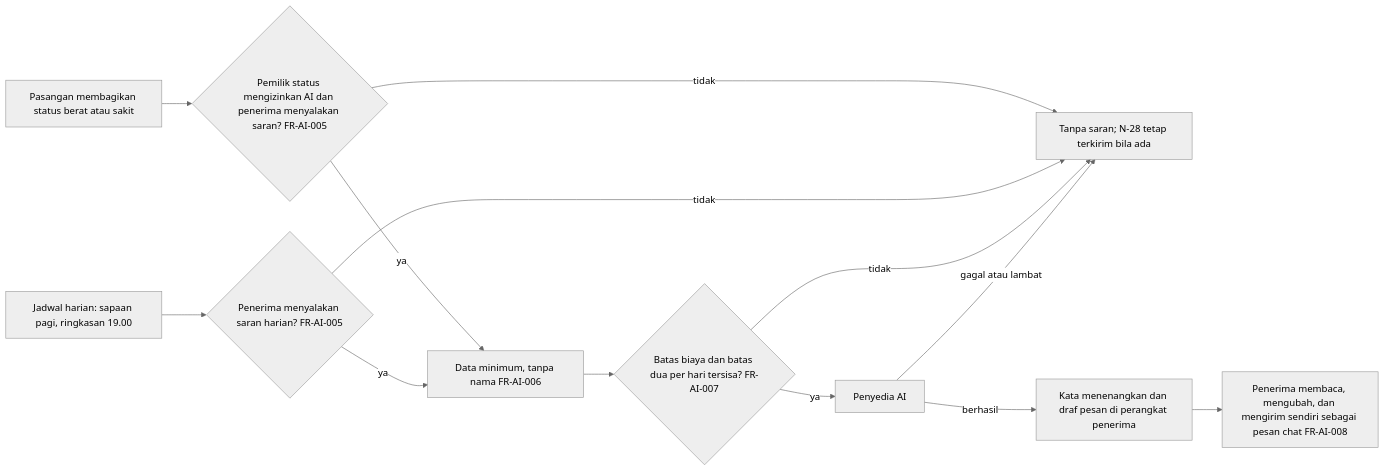
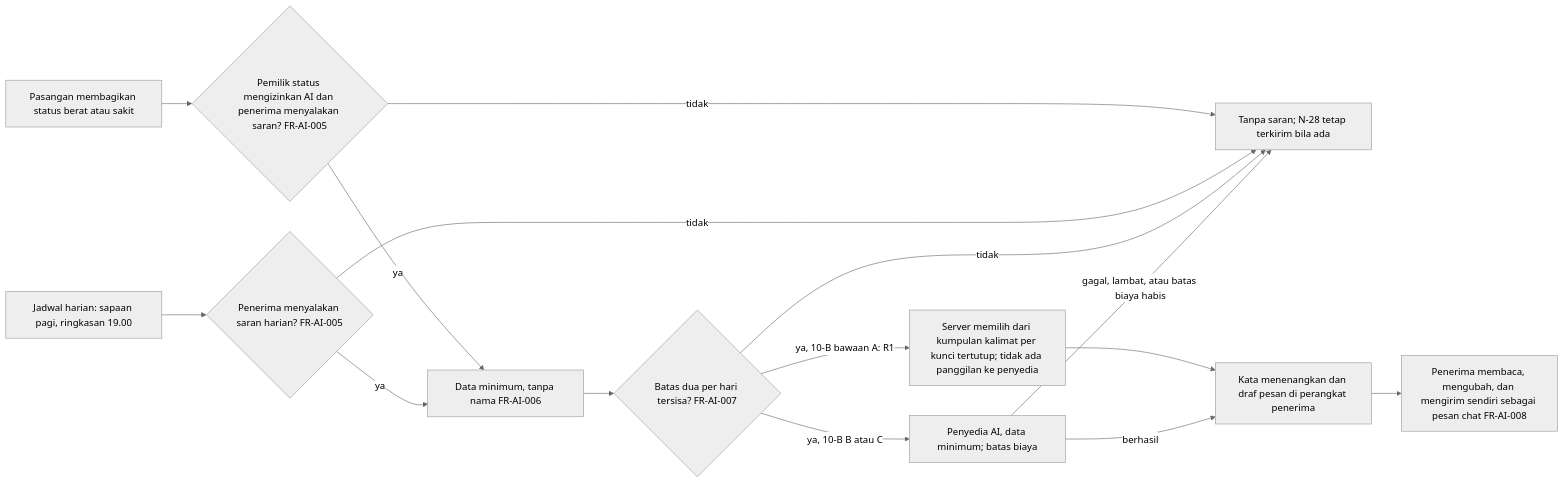
Before and after one commit to abiyanzimran/casa: the diagram in docs/05-functional-requirements/tier-2.md, drawn with Mermaid (neutral theme). The commit also changed other lines of this file and 47 other files, not shown here.

First line of the commit message:
Complete stage S4: experience and architecture

````diff
--- a/docs/05-functional-requirements/tier-2.md
+++ b/docs/05-functional-requirements/tier-2.md
@@ -379,15 +380,17 @@
 ```mermaid
 flowchart LR
     T1[Pasangan membagikan status berat atau sakit] --> P{Pemilik status mengizinkan AI dan penerima menyalakan saran? FR-AI-005}
     T2[Jadwal harian: sapaan pagi, ringkasan 19.00] --> Q{Penerima menyalakan saran harian? FR-AI-005}
     P -- tidak --> K[Tanpa saran; N-28 tetap terkirim bila ada]
     Q -- tidak --> K
     P -- ya --> C[Data minimum, tanpa nama FR-AI-006]
     Q -- ya --> C
-    C --> D{Batas biaya dan batas dua per hari tersisa? FR-AI-007}
+    C --> D{Batas dua per hari tersisa? FR-AI-007}
     D -- tidak --> K
-    D -- ya --> E[Penyedia AI]
-    E -- gagal atau lambat --> K
+    D -- ya, 10-B bawaan A: R1 --> R[Server memilih dari kumpulan kalimat per kunci tertutup; tidak ada panggilan ke penyedia]
+    D -- ya, 10-B B atau C --> E[Penyedia AI, data minimum; batas biaya]
+    R --> G
+    E -- gagal, lambat, atau batas biaya habis --> K
     E -- berhasil --> G[Kata menenangkan dan draf pesan di perangkat penerima]
     G --> H[Penerima membaca, mengubah, dan mengirim sendiri sebagai pesan chat FR-AI-008]
 ```
````
